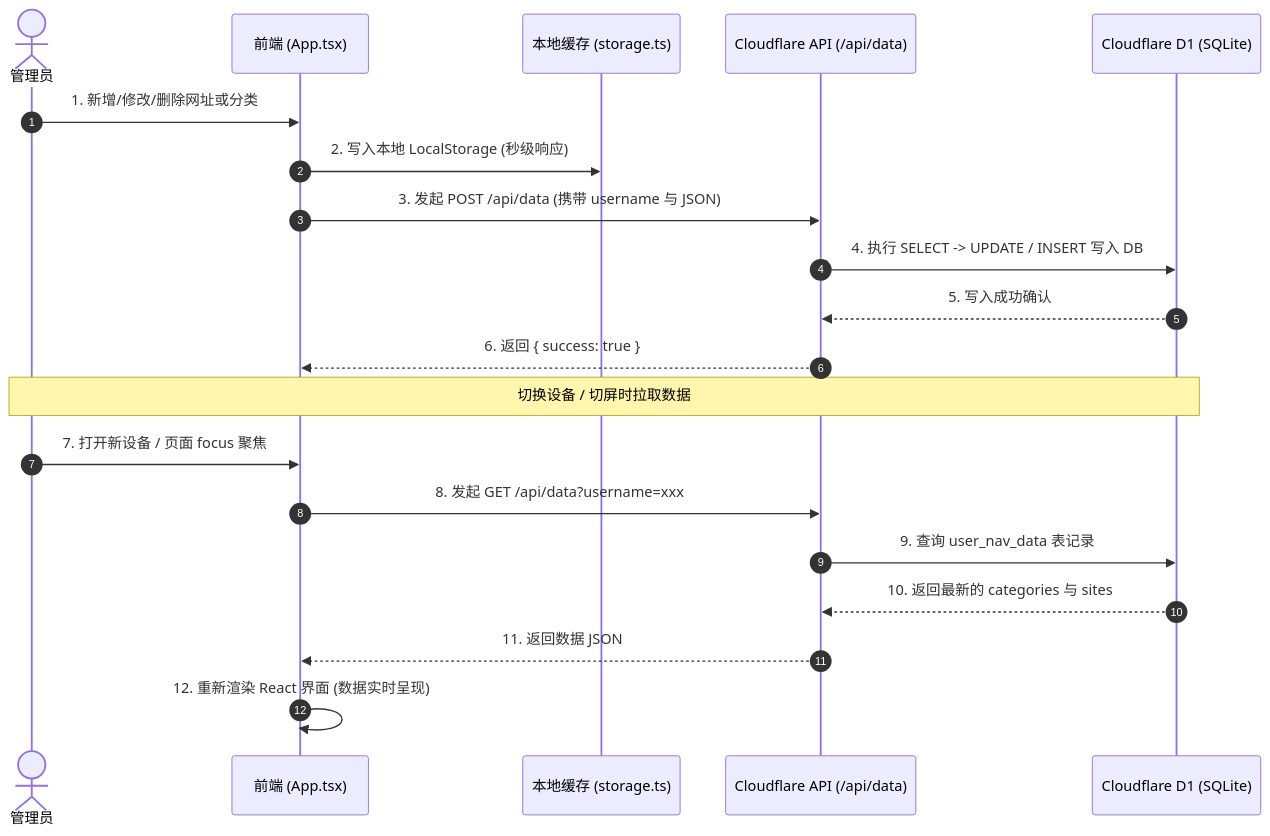
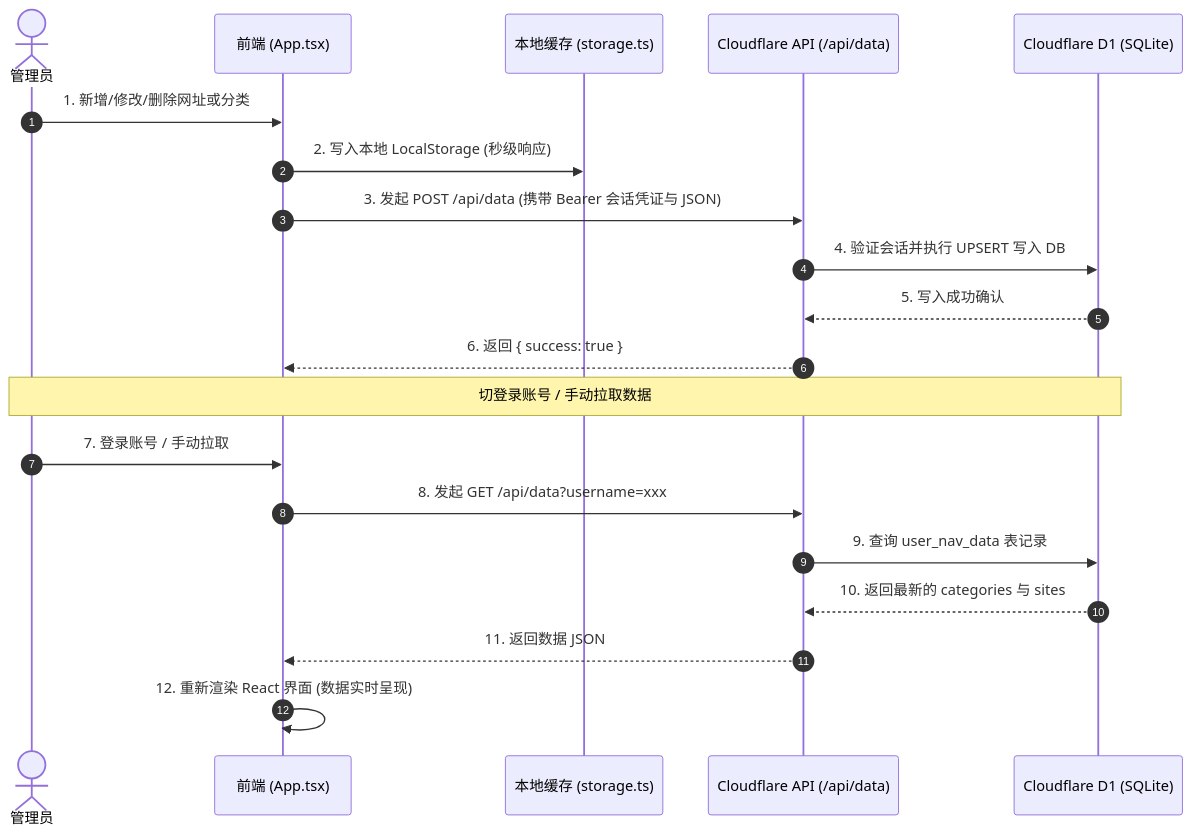
Before and after one commit to nianshu2022/ApexNav: the diagram in README.md, drawn with Mermaid. The commit also changed other lines of this file and 30 other files, not shown here.

````diff
--- a/README.md
+++ b/README.md
@@ -39,24 +39,24 @@
 ```mermaid
 sequenceDiagram
     autonumber
     actor Admin as 管理员
     participant UI as 前端 (App.tsx)
     participant Store as 本地缓存 (storage.ts)
     participant Edge as Cloudflare API (/api/data)
     participant D1 as Cloudflare D1 (SQLite)
 
     Admin->>UI: 1. 新增/修改/删除网址或分类
     UI->>Store: 2. 写入本地 LocalStorage (秒级响应)
-    UI->>Edge: 3. 发起 POST /api/data (携带 username 与 JSON)
-    Edge->>D1: 4. 执行 SELECT -> UPDATE / INSERT 写入 DB
+    UI->>Edge: 3. 发起 POST /api/data (携带 Bearer 会话凭证与 JSON)
+    Edge->>D1: 4. 验证会话并执行 UPSERT 写入 DB
     D1-->>Edge: 5. 写入成功确认
     Edge-->>UI: 6. 返回 { success: true }
 
-    Note over Admin, D1: 切换设备 / 切屏时拉取数据
-    Admin->>UI: 7. 打开新设备 / 页面 focus 聚焦
+    Note over Admin, D1: 切登录账号 / 手动拉取数据
+    Admin->>UI: 7. 登录账号 / 手动拉取
     UI->>Edge: 8. 发起 GET /api/data?username=xxx
     Edge->>D1: 9. 查询 user_nav_data 表记录
     D1-->>Edge: 10. 返回最新的 categories 与 sites
     Edge-->>UI: 11. 返回数据 JSON
     UI->>UI: 12. 重新渲染 React 界面 (数据实时呈现)
 ```
````
